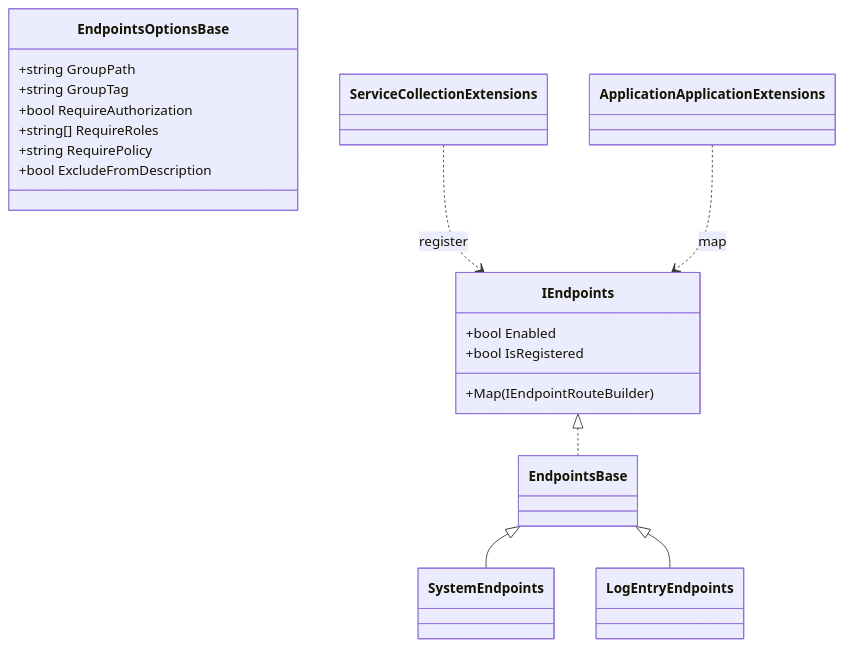
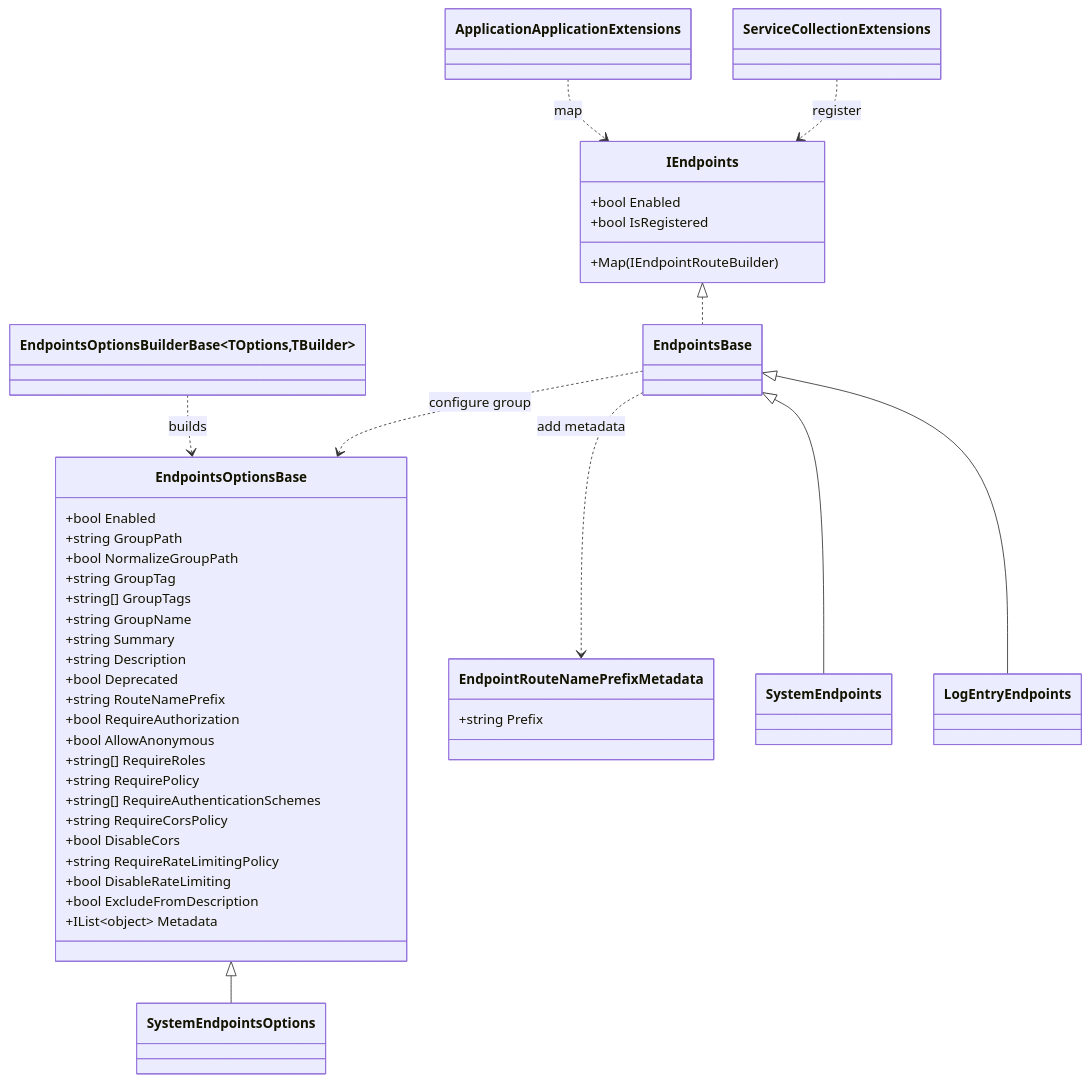
The first of 2 diagrams in docs/features-presentation-endpoints.md (BridgingIT-GmbH/bITdevKit), drawn with Mermaid before and after one commit. The commit also changed other lines of this file and 68 other files, not shown here.

````diff
--- a/docs/features-presentation-endpoints.md
+++ b/docs/features-presentation-endpoints.md
@@ -46,27 +58,51 @@
 ```mermaid
 classDiagram
   class IEndpoints {
     +bool Enabled
     +bool IsRegistered
     +Map(IEndpointRouteBuilder)
   }
   class EndpointsBase
   class EndpointsOptionsBase {
+    +bool Enabled
     +string GroupPath
+    +bool NormalizeGroupPath
     +string GroupTag
+    +string[] GroupTags
+    +string GroupName
+    +string Summary
+    +string Description
+    +bool Deprecated
+    +string RouteNamePrefix
     +bool RequireAuthorization
+    +bool AllowAnonymous
     +string[] RequireRoles
     +string RequirePolicy
+    +string[] RequireAuthenticationSchemes
+    +string RequireCorsPolicy
+    +bool DisableCors
+    +string RequireRateLimitingPolicy
+    +bool DisableRateLimiting
     +bool ExcludeFromDescription
+    +IList~object~ Metadata
+  }
+  class EndpointsOptionsBuilderBase~TOptions,TBuilder~
+  class EndpointRouteNamePrefixMetadata {
+    +string Prefix
   }
   class SystemEndpoints
+  class SystemEndpointsOptions
   class LogEntryEndpoints
   class ServiceCollectionExtensions
   class ApplicationApplicationExtensions
 
   IEndpoints <|.. EndpointsBase
+  EndpointsOptionsBase <|-- SystemEndpointsOptions
   EndpointsBase <|-- SystemEndpoints
   EndpointsBase <|-- LogEntryEndpoints
+  EndpointsBase ..> EndpointsOptionsBase : configure group
+  EndpointsBase ..> EndpointRouteNamePrefixMetadata : add metadata
+  EndpointsOptionsBuilderBase~TOptions,TBuilder~ ..> EndpointsOptionsBase : builds
   ServiceCollectionExtensions ..> IEndpoints : register
   ApplicationApplicationExtensions ..> IEndpoints : map
 ```
````
